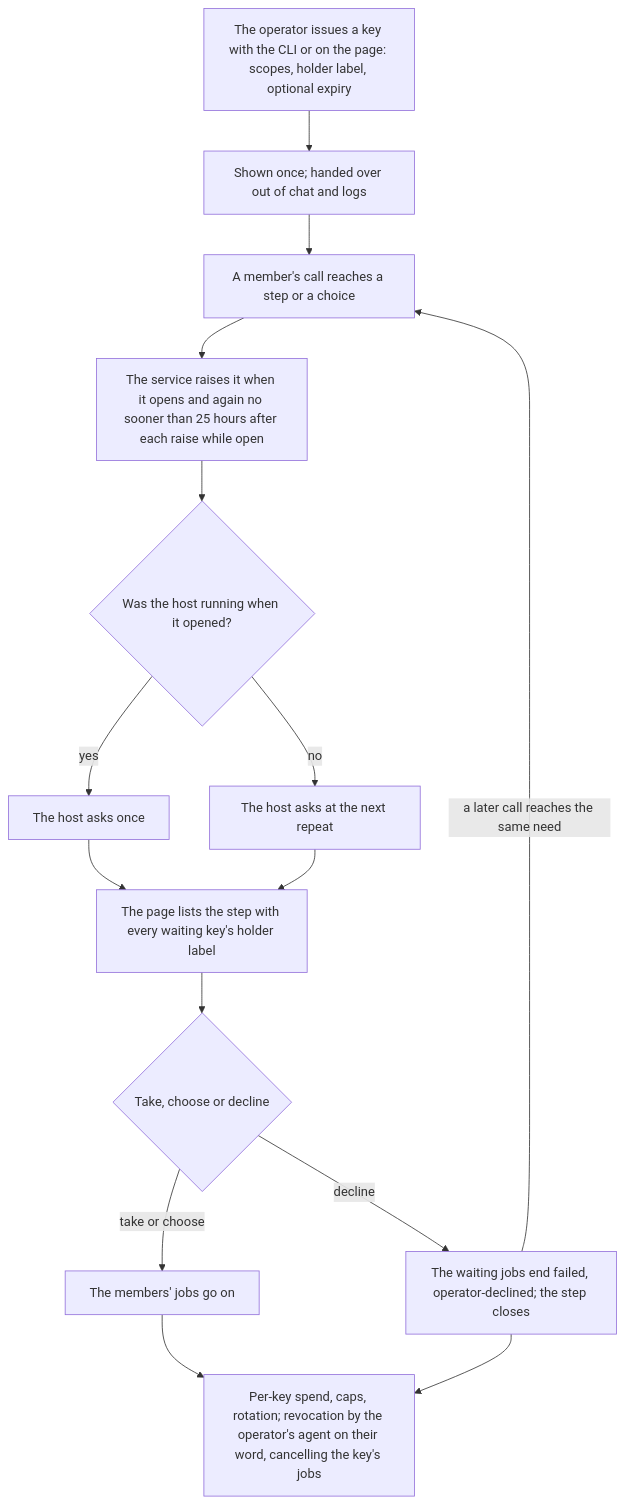
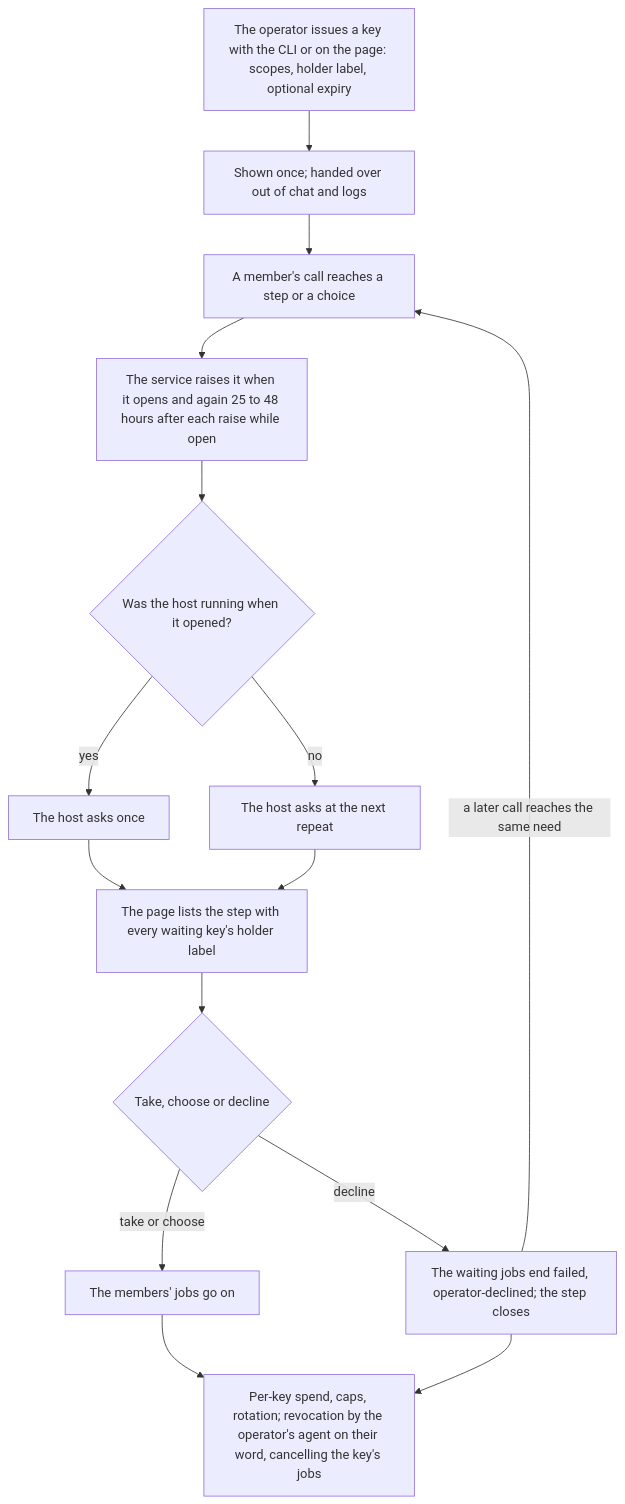
One commit to passioncode-ai/fabric-agent-contract changed diagram 36 of 36 in docs/ux/flows.md. Above: the diagram before and after it, drawn with Mermaid. The commit also changed other lines of this file and 11 other files, not shown here.

````diff
--- a/docs/ux/flows.md
+++ b/docs/ux/flows.md
@@ -967,17 +967,17 @@
 ```mermaid
 flowchart TD
   I[The operator issues a key with the CLI or on the page: scopes, holder label, optional expiry] --> H[Shown once; handed over out of chat and logs]
   H --> C[A member's call reaches a step or a choice]
-  C --> E[The service raises it when it opens and again no sooner than 25 hours after each raise while open]
+  C --> E[The service raises it when it opens and again 25 to 48 hours after each raise while open]
   E --> A{Was the host running when it opened?}
   A -->|yes| K[The host asks once]
   A -->|no| N[The host asks at the next repeat]
   K --> P[The page lists the step with every waiting key's holder label]
   N --> P
   P --> D{Take, choose or decline}
   D -->|take or choose| G[The members' jobs go on]
   D -->|decline| X[The waiting jobs end failed, operator-declined; the step closes]
   X -->|a later call reaches the same need| C
   G --> R[Per-key spend, caps, rotation; revocation by the operator's agent on their word, cancelling the key's jobs]
   X --> R
 ```
````
